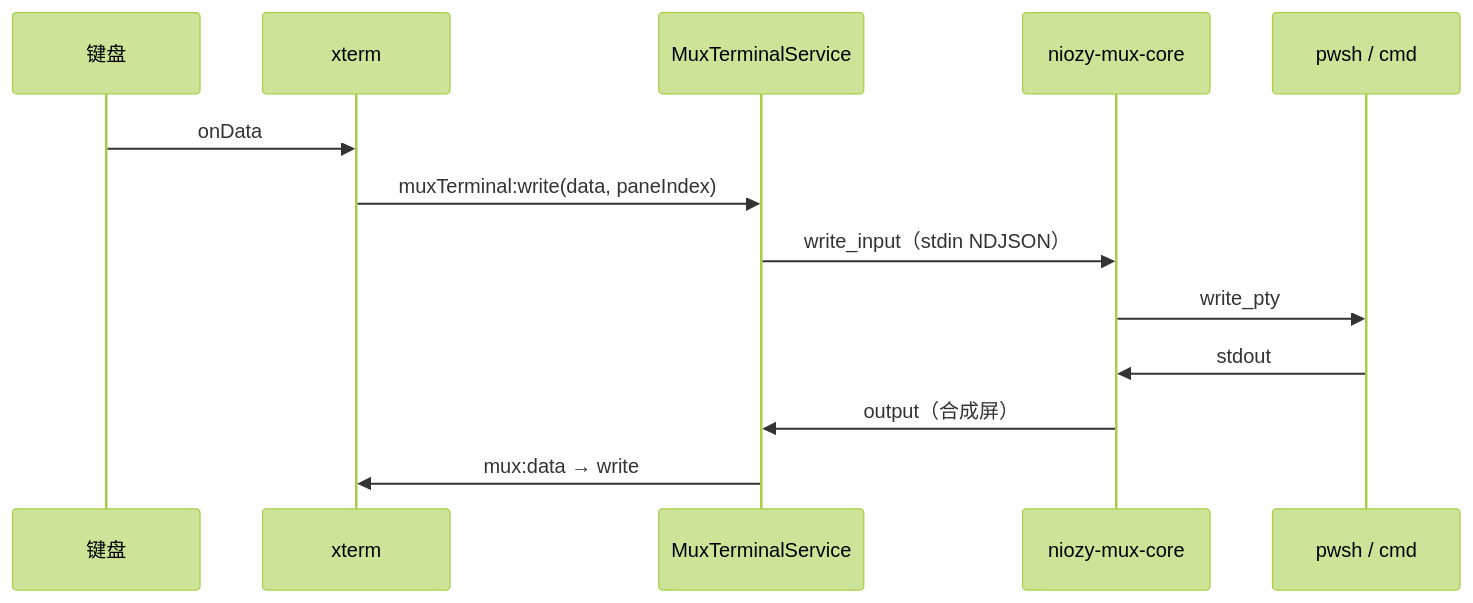
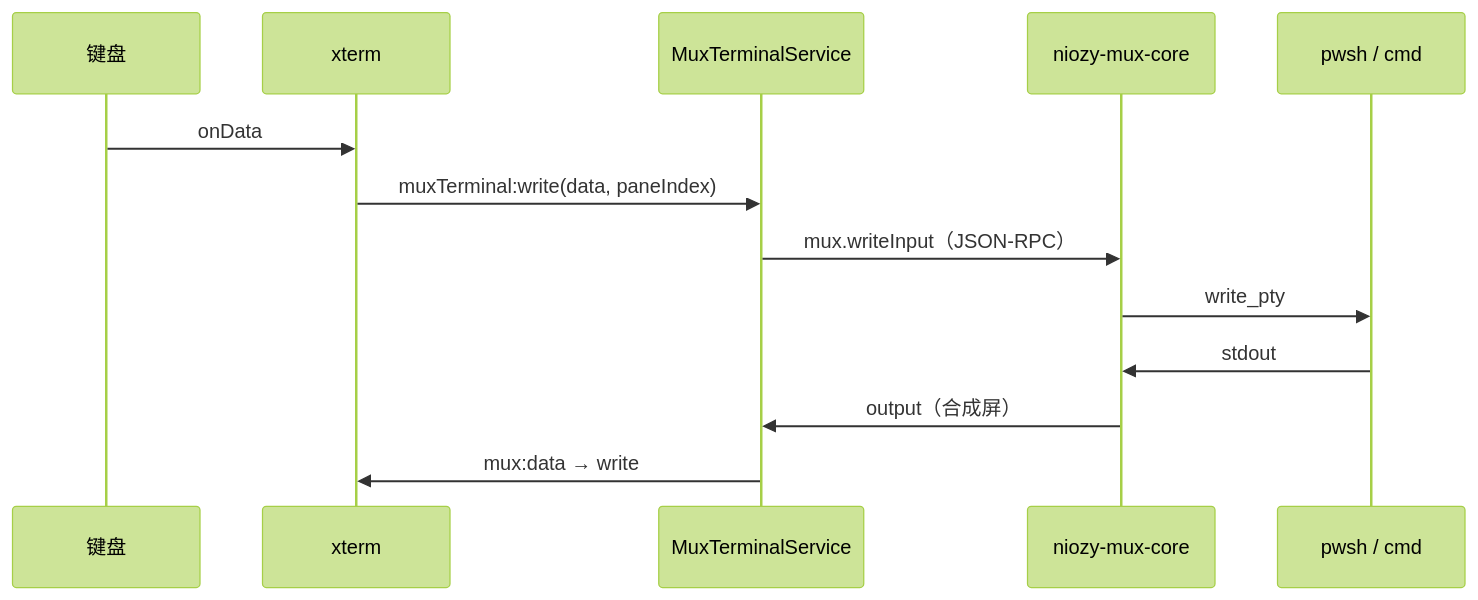
The third of 3 diagrams in docs/功能Mux终端.md (Landers1037/NioZy), drawn with Mermaid (forest theme) before and after one commit. The commit also changed other lines of this file and 48 other files, not shown here.

First line of the commit message:
feat(mux): 改用 TCP JSON-RPC 守护进程并完善分屏交互

````diff
--- a/docs/功能Mux终端.md
+++ b/docs/功能Mux终端.md
@@ -93,16 +116,16 @@
 ```mermaid
 sequenceDiagram
   participant User as 键盘
   participant X as xterm
   participant MS as MuxTerminalService
   participant Rust as niozy-mux-core
   participant PTY as pwsh / cmd
 
   User->>X: onData
   X->>MS: muxTerminal:write(data, paneIndex)
-  MS->>Rust: write_input（stdin NDJSON）
+  MS->>Rust: mux.writeInput（JSON-RPC）
   Rust->>PTY: write_pty
   PTY->>Rust: stdout
   Rust->>MS: output（合成屏）
   MS->>X: mux:data → write
 ```
````
